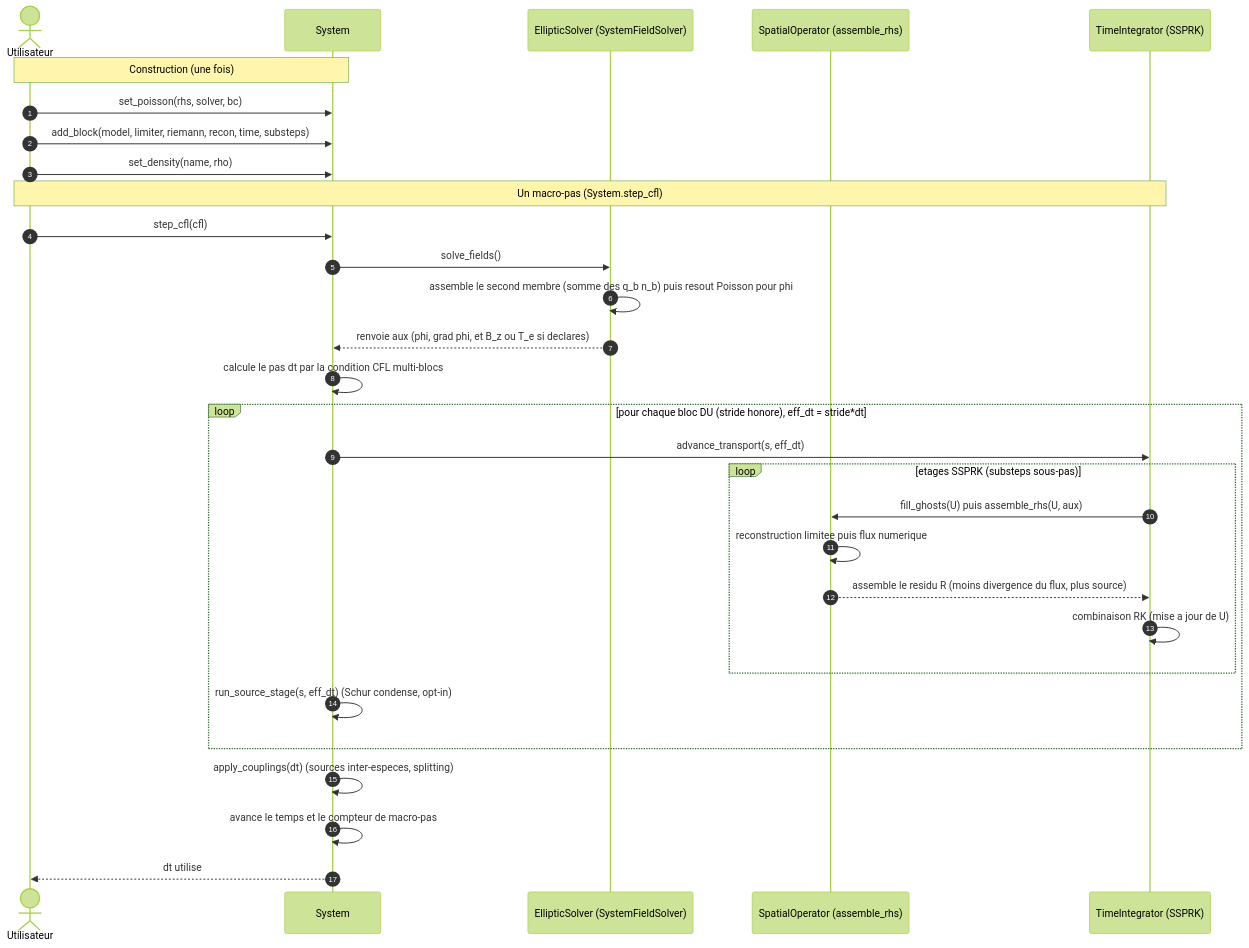
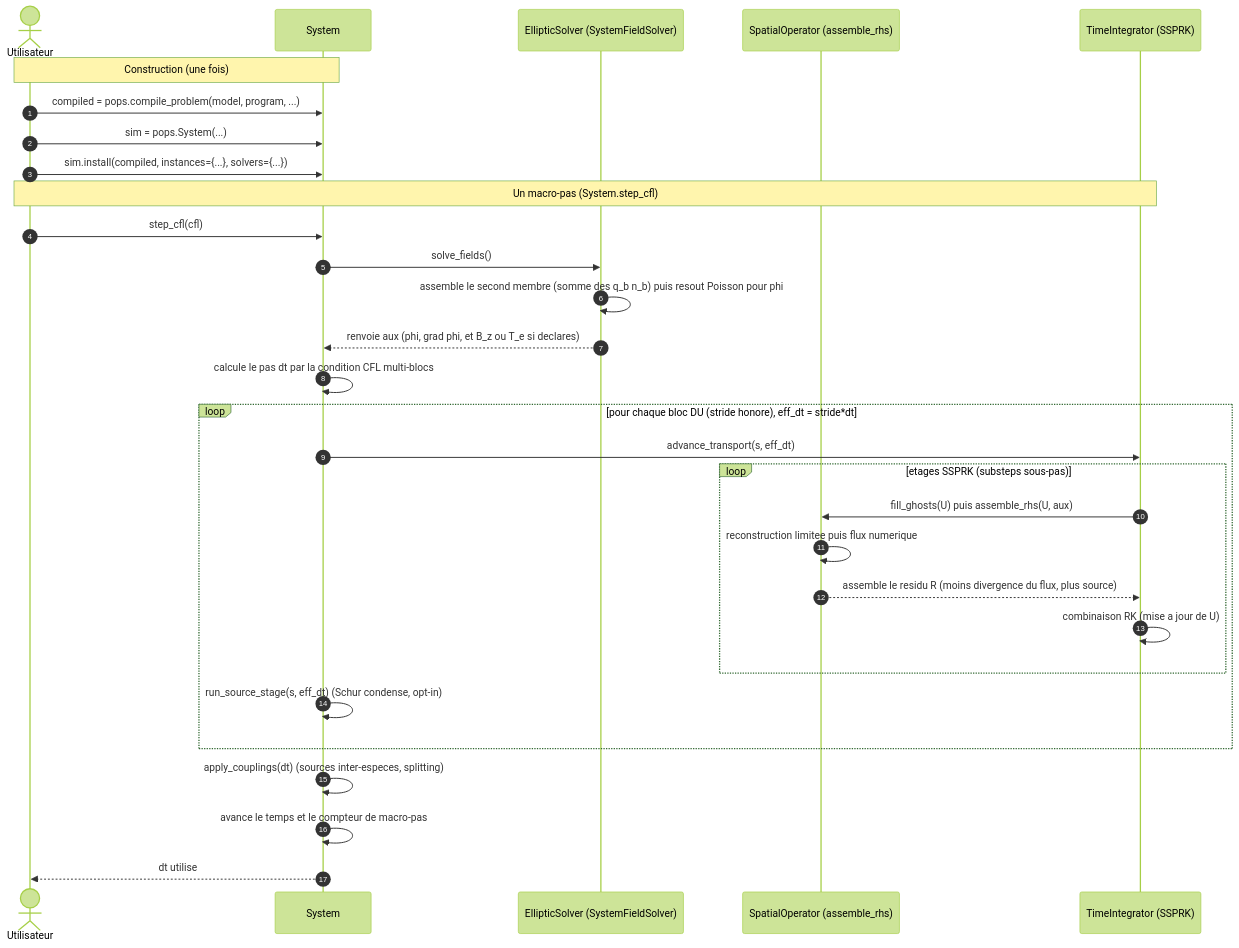
Before and after one commit to wolf75222/PoPS: the third of 4 diagrams in docs/ARCHITECTURE.md, drawn with Mermaid (forest theme). The commit also changed other lines of this file and 8 other files, not shown here.

````diff
--- a/docs/ARCHITECTURE.md
+++ b/docs/ARCHITECTURE.md
@@ -333,35 +333,35 @@
 ```mermaid
 sequenceDiagram
     autonumber
     actor Utilisateur
     participant System
     participant EllipticSolver as EllipticSolver (SystemFieldSolver)
     participant SpatialOperator as SpatialOperator (assemble_rhs)
     participant TimeIntegrator as TimeIntegrator (SSPRK)
 
     Note over Utilisateur,System: Construction (une fois)
-    Utilisateur->>System: set_poisson(rhs, solver, bc)
-    Utilisateur->>System: add_block(model, limiter, riemann, recon, time, substeps)
-    Utilisateur->>System: set_density(name, rho)
+    Utilisateur->>System: compiled = pops.compile_problem(model, program, ...)
+    Utilisateur->>System: sim = pops.System(...)
+    Utilisateur->>System: sim.install(compiled, instances={...}, solvers={...})
 
     Note over Utilisateur,TimeIntegrator: Un macro-pas (System.step_cfl)
     Utilisateur->>System: step_cfl(cfl)
     System->>EllipticSolver: solve_fields()
     EllipticSolver->>EllipticSolver: assemble le second membre (somme des q_b n_b) puis resout Poisson pour phi
     EllipticSolver-->>System: renvoie aux (phi, grad phi, et B_z ou T_e si declares)
     System->>System: calcule le pas dt par la condition CFL multi-blocs
 
     loop pour chaque bloc DU (stride honore), eff_dt = stride*dt
         System->>TimeIntegrator: advance_transport(s, eff_dt)
         loop etages SSPRK (substeps sous-pas)
             TimeIntegrator->>SpatialOperator: fill_ghosts(U) puis assemble_rhs(U, aux)
             SpatialOperator->>SpatialOperator: reconstruction limitee puis flux numerique
             SpatialOperator-->>TimeIntegrator: assemble le residu R (moins divergence du flux, plus source)
             TimeIntegrator->>TimeIntegrator: combinaison RK (mise a jour de U)
         end
         System->>System: run_source_stage(s, eff_dt) (Schur condense, opt-in)
     end
     System->>System: apply_couplings(dt) (sources inter-especes, splitting)
     System->>System: avance le temps et le compteur de macro-pas
     System-->>Utilisateur: dt utilise
 ```
````
